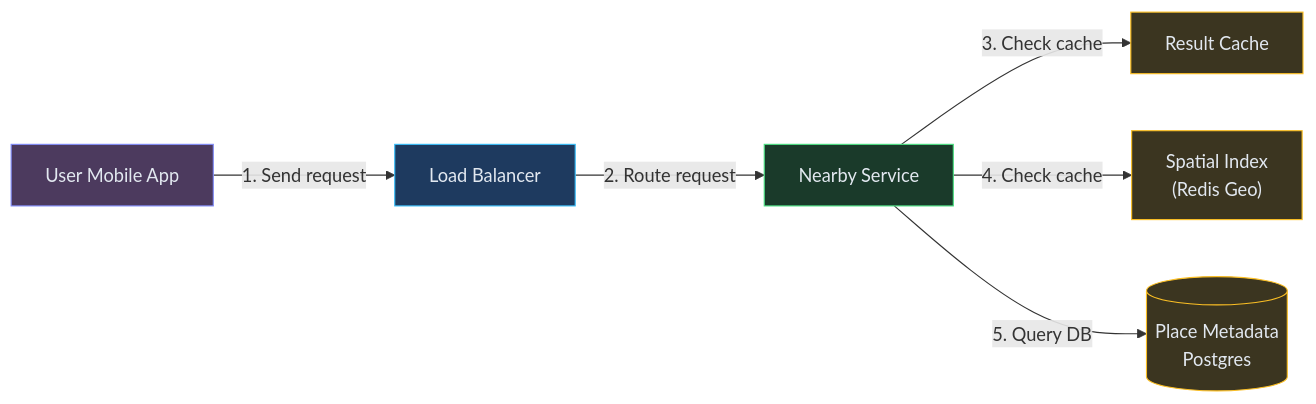
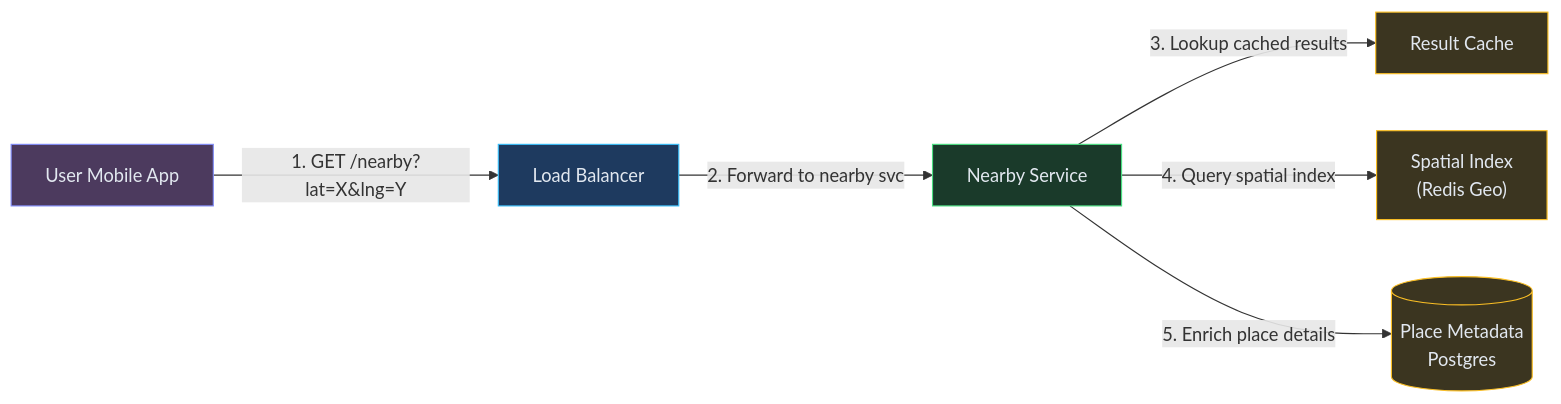
One commit to iluzn/HLD-Designs changed the second of 6 diagrams in content/hld/NearbyService.md. Above: the diagram before and after it, drawn with Mermaid. The commit also changed other lines of this file and 27 other files, not shown here.

````diff
--- a/content/hld/NearbyService.md
+++ b/content/hld/NearbyService.md
@@ -158,20 +158,20 @@
 ```mermaid
 flowchart LR
     USER["User Mobile App"]:::client
     LB["Load Balancer"]:::edge
     NEARBY["Nearby Service"]:::service
     GEODEX["Spatial Index<br/>(Redis Geo)"]:::data
     PLACEDB[("Place Metadata<br/>Postgres")]:::data
     CACHE["Result Cache"]:::data
 
-    USER -->|"1. Send request"| LB
-    LB -->|"2. Route request"| NEARBY
-    NEARBY -->|"3. Check cache"| CACHE
-    NEARBY -->|"4. Check cache"| GEODEX
-    NEARBY -->|"5. Query DB"| PLACEDB
+    USER -->|"1. GET /nearby?lat=X&lng=Y"| LB
+    LB -->|"2. Forward to nearby svc"| NEARBY
+    NEARBY -->|"3. Lookup cached results"| CACHE
+    NEARBY -->|"4. Query spatial index"| GEODEX
+    NEARBY -->|"5. Enrich place details"| PLACEDB
 
     classDef client fill:#4c3a5e,stroke:#818cf8,color:#e2e8f0
     classDef edge fill:#1e3a5f,stroke:#38bdf8,color:#e2e8f0
     classDef service fill:#1a3a2a,stroke:#4ade80,color:#e2e8f0
     classDef data fill:#3b3520,stroke:#fbbf24,color:#e2e8f0
 ```
````
